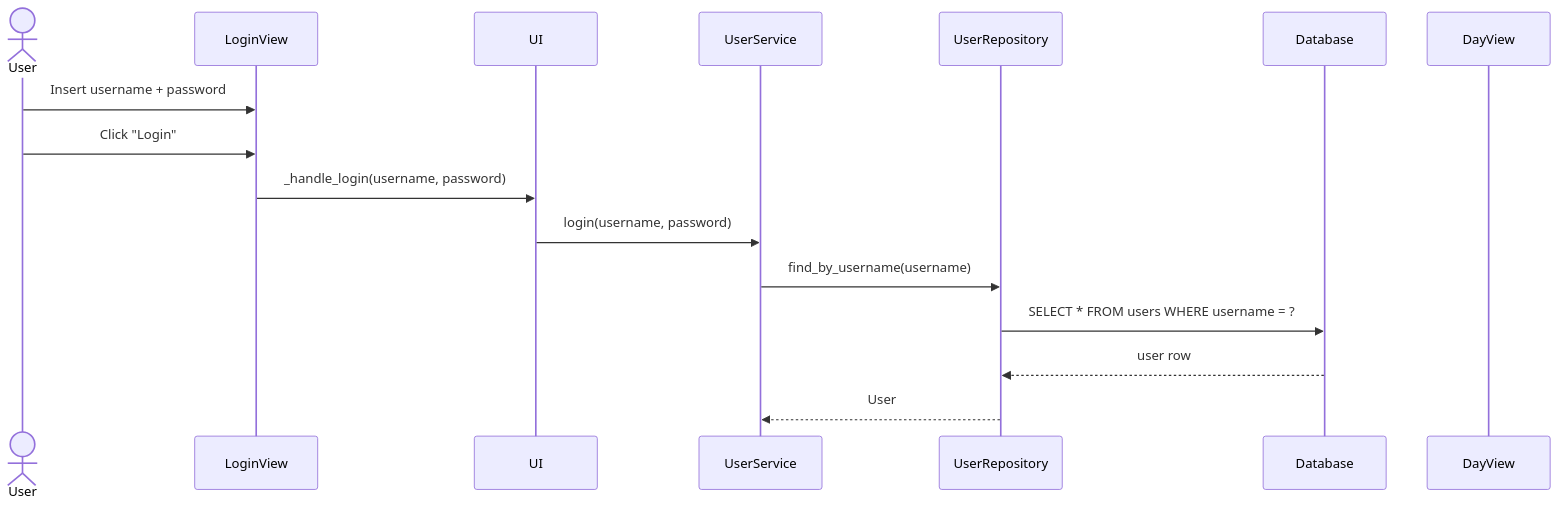
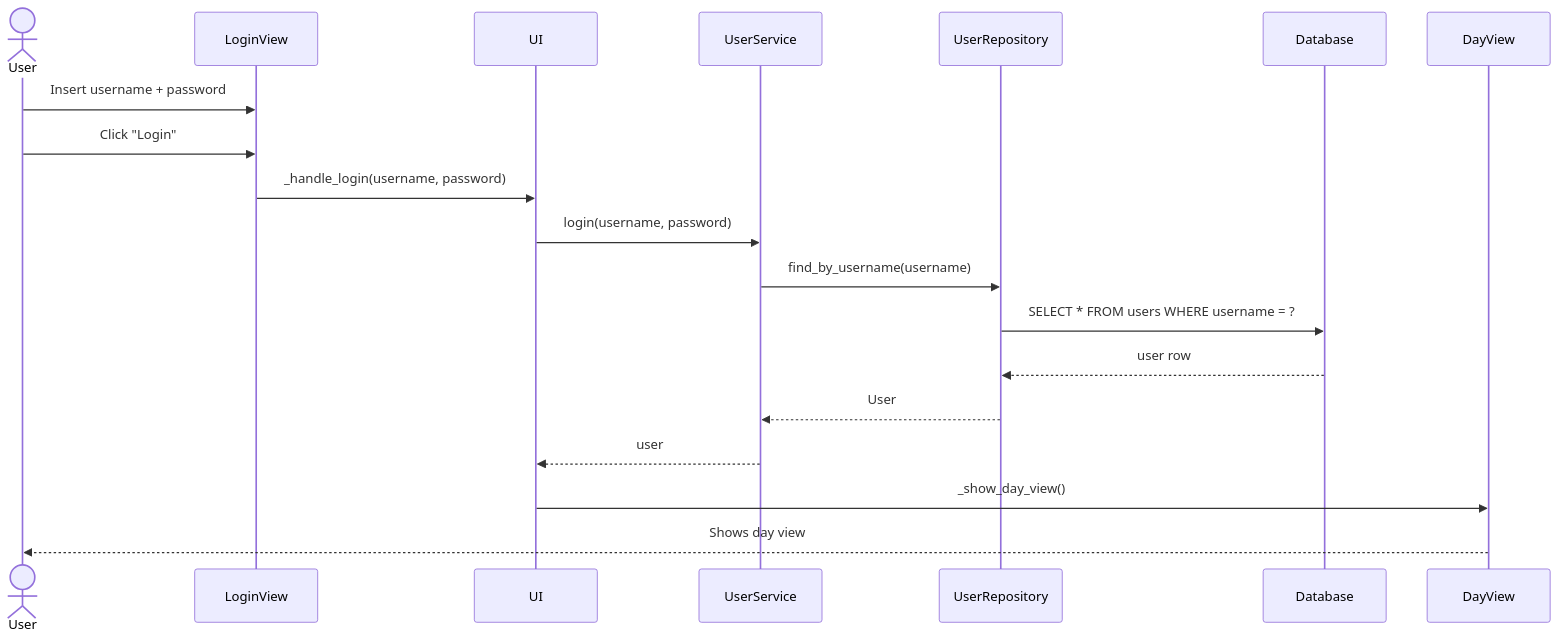
The third of 3 diagrams in dokumentaatio/arkkitehtuuri.md (MildMunshin/ot-harjoitustyo), drawn with Mermaid before and after one commit.

````diff
--- a/dokumentaatio/arkkitehtuuri.md
+++ b/dokumentaatio/arkkitehtuuri.md
@@ -61,19 +61,22 @@
 ```mermaid
 sequenceDiagram
     actor User
     participant LoginView
     participant UI
     participant UserService
     participant UserRepository
     participant Database
     participant DayView
 
     User->>LoginView: Insert username + password
     User->>LoginView: Click "Login"
     LoginView->>UI: _handle_login(username, password)
     UI->>UserService: login(username, password)
     UserService->>UserRepository: find_by_username(username)
     UserRepository->>Database: SELECT * FROM users WHERE username = ?
     Database-->>UserRepository: user row
     UserRepository-->>UserService: User
+    UserService-->>UI: user
+    UI->>DayView: _show_day_view()
+    DayView-->>User: Shows day view
 ```
````
